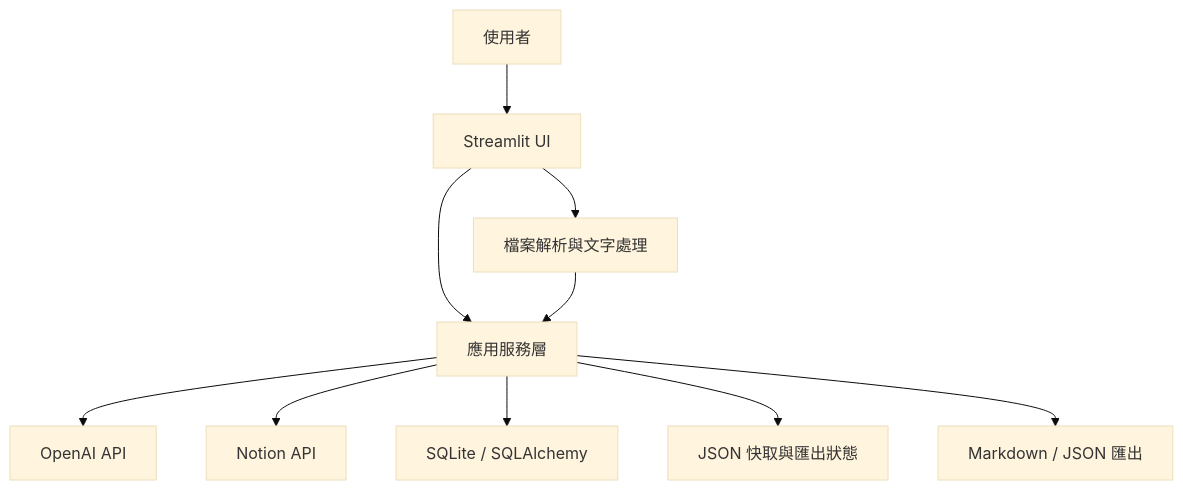
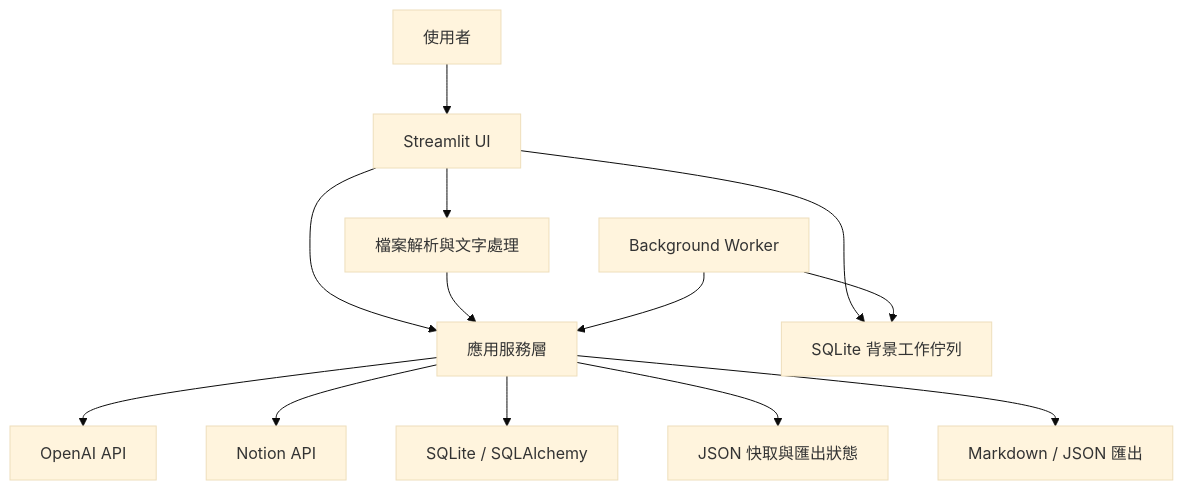
Before and after one commit to Allen1208tw/AI-notion-note-organizer: the diagram in docs/02_system_architecture.md, drawn with Mermaid (base theme). The commit also changed other lines of this file and 35 other files, not shown here.

````diff
--- a/docs/02_system_architecture.md
+++ b/docs/02_system_architecture.md
@@ -7,12 +7,15 @@
 ```mermaid
 flowchart TD
     U["使用者"] --> UI["Streamlit UI"]
     UI --> P["檔案解析與文字處理"]
     UI --> S["應用服務層"]
     P --> S
     S --> AI["OpenAI API"]
     S --> N["Notion API"]
     S --> DB["SQLite / SQLAlchemy"]
     S --> C["JSON 快取與匯出狀態"]
     S --> E["Markdown / JSON 匯出"]
+    UI --> Q["SQLite 背景工作佇列"]
+    W["Background Worker"] --> Q
+    W --> S
 ```
````
